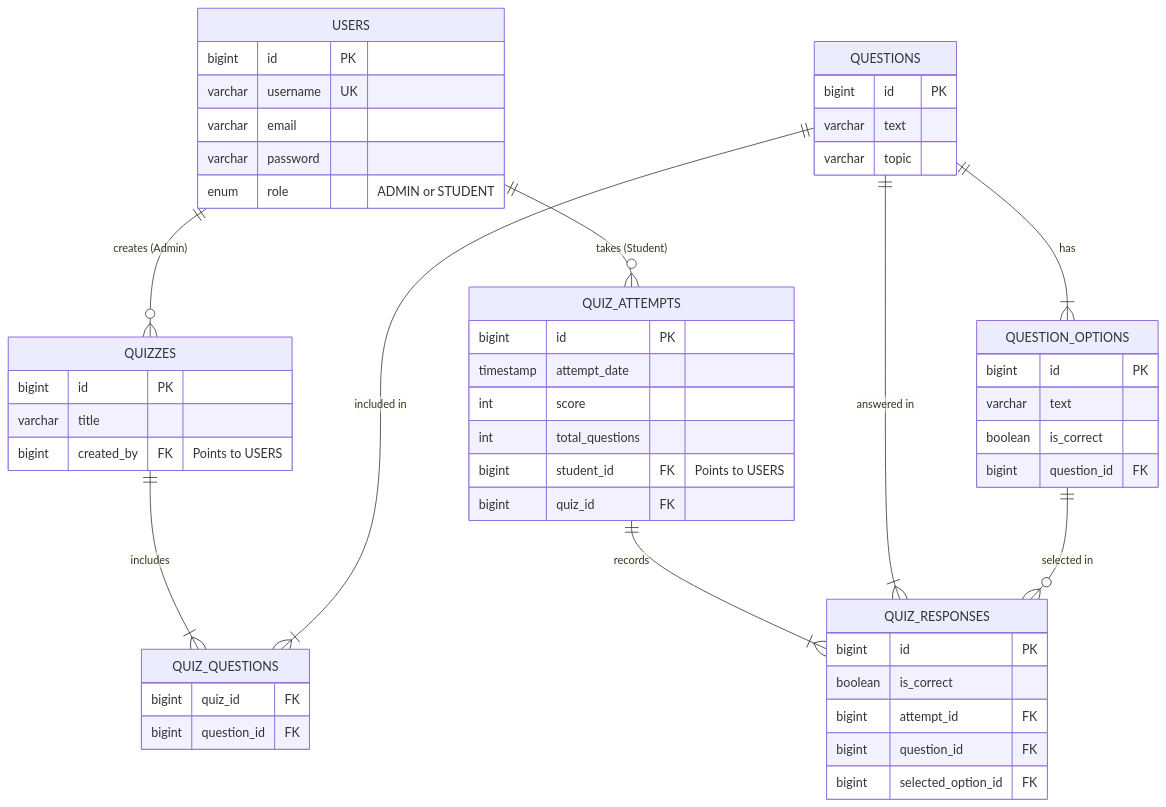
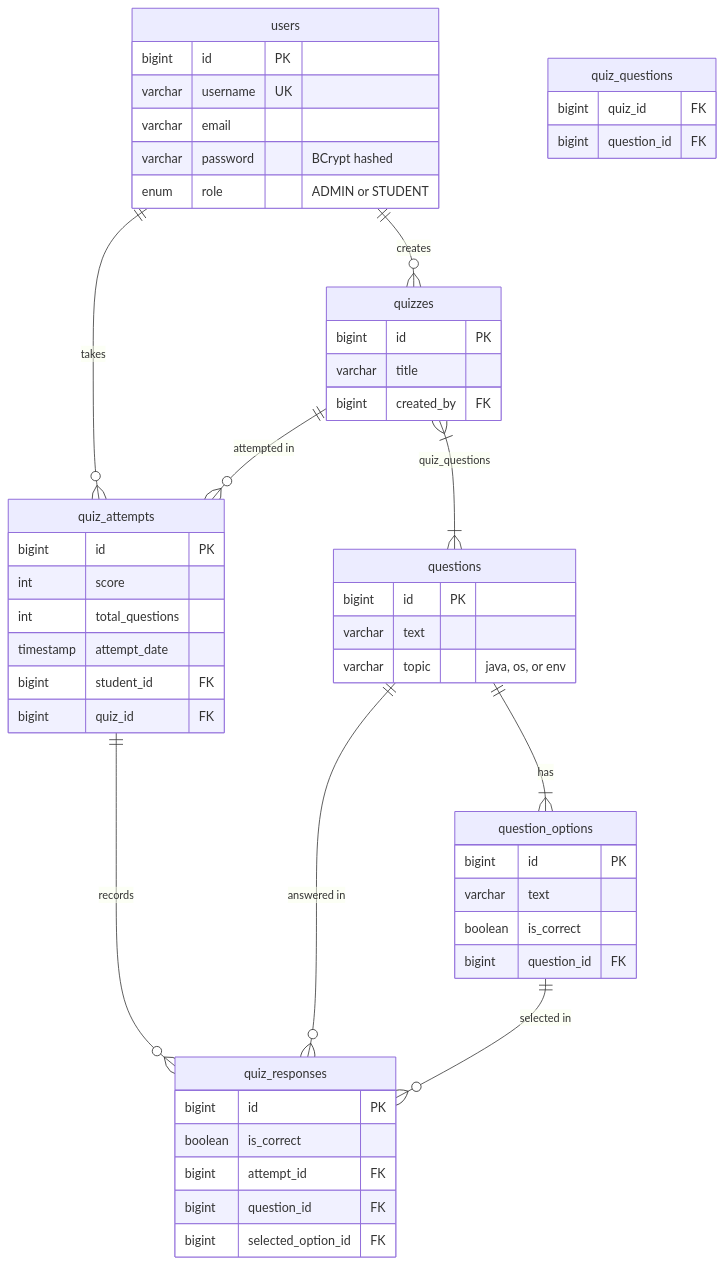
One commit to talatiharsh01/QuizForge changed the second of 2 diagrams in README.md. Above: the diagram before and after it, drawn with Mermaid. The commit also changed other lines of this file and 7 other files, not shown here.

````diff
--- a/README.md
+++ b/README.md
@@ -35,60 +73,60 @@
 ```mermaid
 erDiagram
-    USERS {
+    users {
         bigint id PK
         varchar username UK
         varchar email
-        varchar password
+        varchar password "BCrypt hashed"
         enum role "ADMIN or STUDENT"
     }
-    
-    QUESTIONS {
+
+    questions {
         bigint id PK
         varchar text
-        varchar topic
+        varchar topic "java, os, or env"
     }
-    
-    QUESTION_OPTIONS {
+
+    question_options {
         bigint id PK
         varchar text
         boolean is_correct
         bigint question_id FK
     }
 
-    QUIZZES {
+    quizzes {
         bigint id PK
         varchar title
-        bigint created_by FK "Points to USERS"
+        bigint created_by FK
     }
 
-    QUIZ_QUESTIONS {
+    quiz_questions {
         bigint quiz_id FK
         bigint question_id FK
     }
 
-    QUIZ_ATTEMPTS {
+    quiz_attempts {
         bigint id PK
-        timestamp attempt_date
         int score
         int total_questions
-        bigint student_id FK "Points to USERS"
+        timestamp attempt_date
+        bigint student_id FK
         bigint quiz_id FK
     }
 
-    QUIZ_RESPONSES {
+    quiz_responses {
         bigint id PK
         boolean is_correct
         bigint attempt_id FK
         bigint question_id FK
         bigint selected_option_id FK
     }
 
-    USERS ||--o{ QUIZZES : "creates (Admin)"
-    USERS ||--o{ QUIZ_ATTEMPTS : "takes (Student)"
-    QUESTIONS ||--|{ QUESTION_OPTIONS : "has"
-    QUIZZES ||--|{ QUIZ_QUESTIONS : "includes"
-    QUESTIONS ||--|{ QUIZ_QUESTIONS : "included in"
-    QUIZ_ATTEMPTS ||--|{ QUIZ_RESPONSES : "records"
-    QUESTIONS ||--|{ QUIZ_RESPONSES : "answered in"
-    QUESTION_OPTIONS ||--o{ QUIZ_RESPONSES : "selected in"
+    users ||--o{ quizzes : "creates"
+    users ||--o{ quiz_attempts : "takes"
+    questions ||--|{ question_options : "has"
+    quizzes }|--|{ questions : "quiz_questions"
+    quizzes ||--o{ quiz_attempts : "attempted in"
+    quiz_attempts ||--o{ quiz_responses : "records"
+    questions ||--o{ quiz_responses : "answered in"
+    question_options ||--o{ quiz_responses : "selected in"
 ```
````
